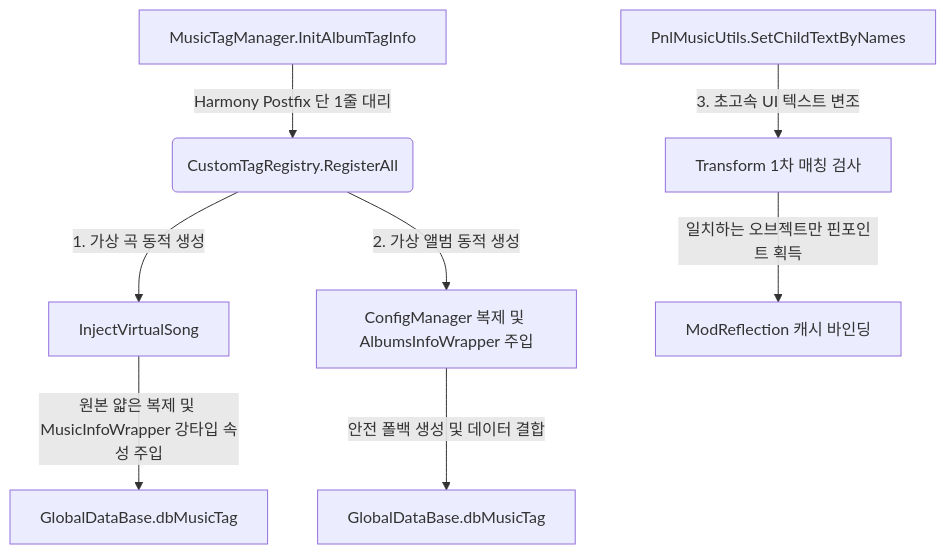
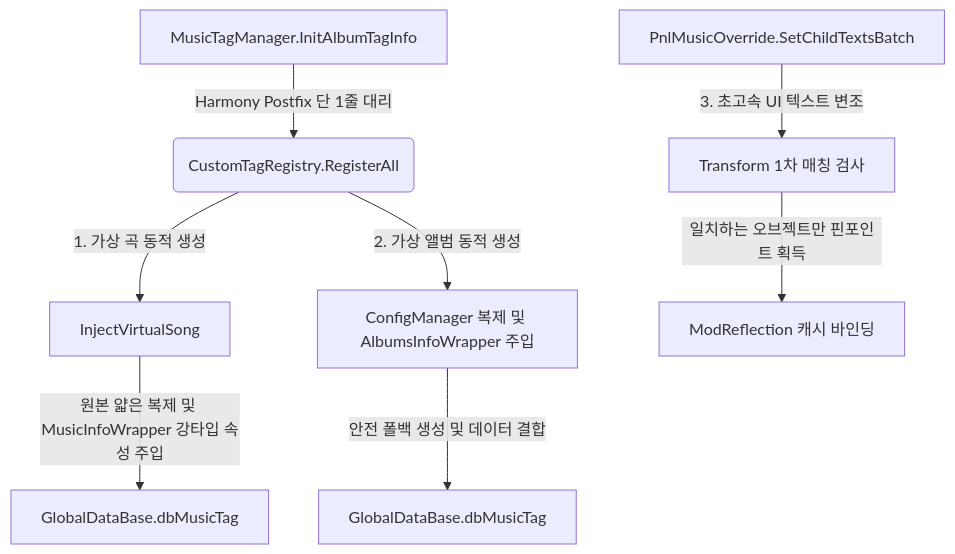
One commit to magjangin/muse-dash-test changed the diagram in docs/CAST_AND_CUSTOM_TAG_GUIDE.md. Above: the diagram before and after it, drawn with Mermaid. The commit also changed other lines of this file and 17 other files, not shown here.

````diff
--- a/docs/CAST_AND_CUSTOM_TAG_GUIDE.md
+++ b/docs/CAST_AND_CUSTOM_TAG_GUIDE.md
@@ -13,10 +13,10 @@
 ```mermaid
 graph TD
     A[MusicTagManager.InitAlbumTagInfo] -->|Harmony Postfix 단 1줄 대리| B(CustomTagRegistry.RegisterAll)
     B -->|1. 가상 곡 동적 생성| C[InjectVirtualSong]
     C -->|원본 얇은 복제 및 MusicInfoWrapper 강타입 속성 주입| E[GlobalDataBase.dbMusicTag]
     B -->|2. 가상 앨범 동적 생성| D[ConfigManager 복제 및 AlbumsInfoWrapper 주입]
     D -->|안전 폴백 생성 및 데이터 결합| F[GlobalDataBase.dbMusicTag]
-    G[PnlMusicUtils.SetChildTextByNames] -->|3. 초고속 UI 텍스트 변조| H[Transform 1차 매칭 검사]
+    G[PnlMusicOverride.SetChildTextsBatch] -->|3. 초고속 UI 텍스트 변조| H[Transform 1차 매칭 검사]
     H -->|일치하는 오브젝트만 핀포인트 획득| I[ModReflection 캐시 바인딩]
 ```
````
